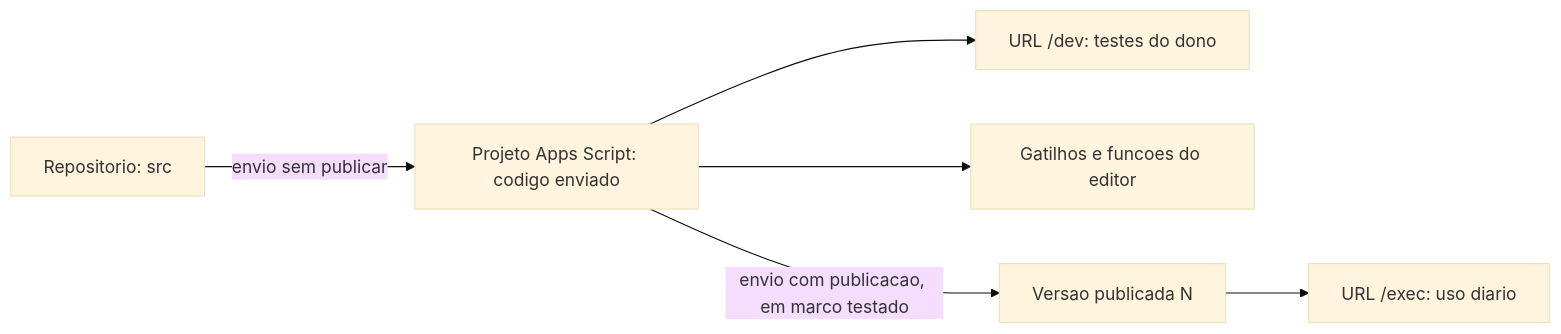
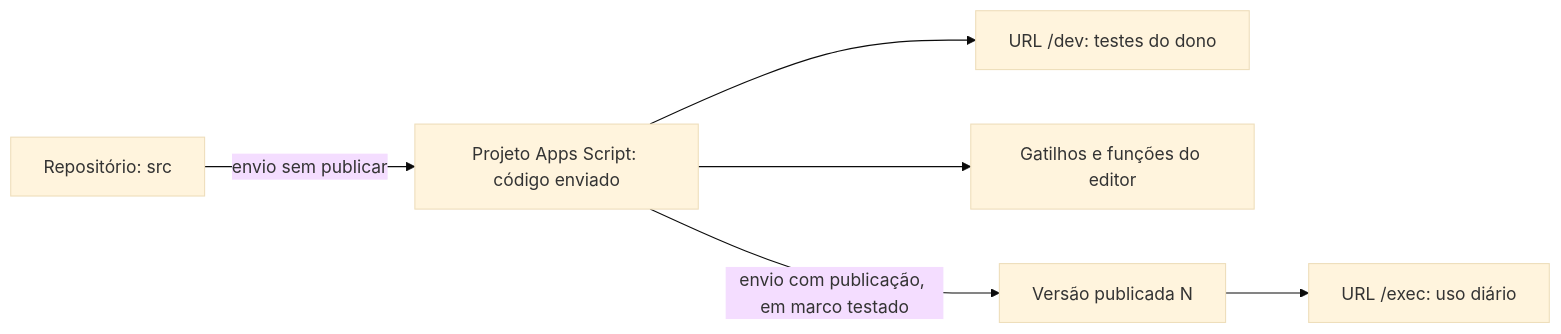
One commit to vagnervelho/Meus-experimentos changed the third of 3 diagrams in erp-pecuario/docs/fase-0/01-arquitetura.md. Above: the diagram before and after it, drawn with Mermaid (base theme). The commit also changed other lines of this file and 1 other file, not shown here.

````diff
--- a/erp-pecuario/docs/fase-0/01-arquitetura.md
+++ b/erp-pecuario/docs/fase-0/01-arquitetura.md
@@ -264,8 +264,8 @@
 ```mermaid
 flowchart LR
-  REPO["Repositorio: src"] -->|"envio sem publicar"| HEAD["Projeto Apps Script: codigo enviado"]
+  REPO["Repositório: src"] -->|"envio sem publicar"| HEAD["Projeto Apps Script: código enviado"]
   HEAD --> DEV["URL /dev: testes do dono"]
-  HEAD --> TRG["Gatilhos e funcoes do editor"]
-  HEAD -->|"envio com publicacao, em marco testado"| VER["Versao publicada N"]
-  VER --> EXEC["URL /exec: uso diario"]
+  HEAD --> TRG["Gatilhos e funções do editor"]
+  HEAD -->|"envio com publicação, em marco testado"| VER["Versão publicada N"]
+  VER --> EXEC["URL /exec: uso diário"]
 ```
````
